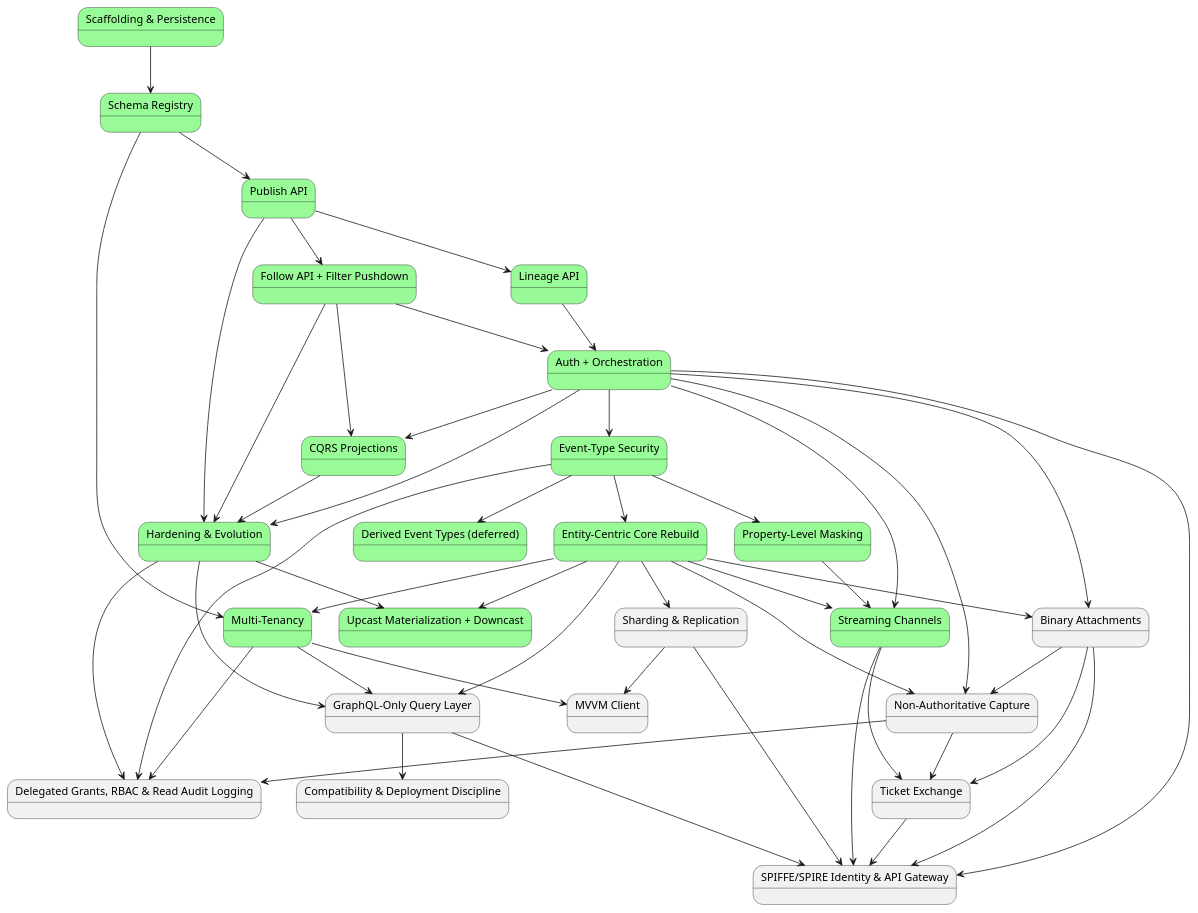
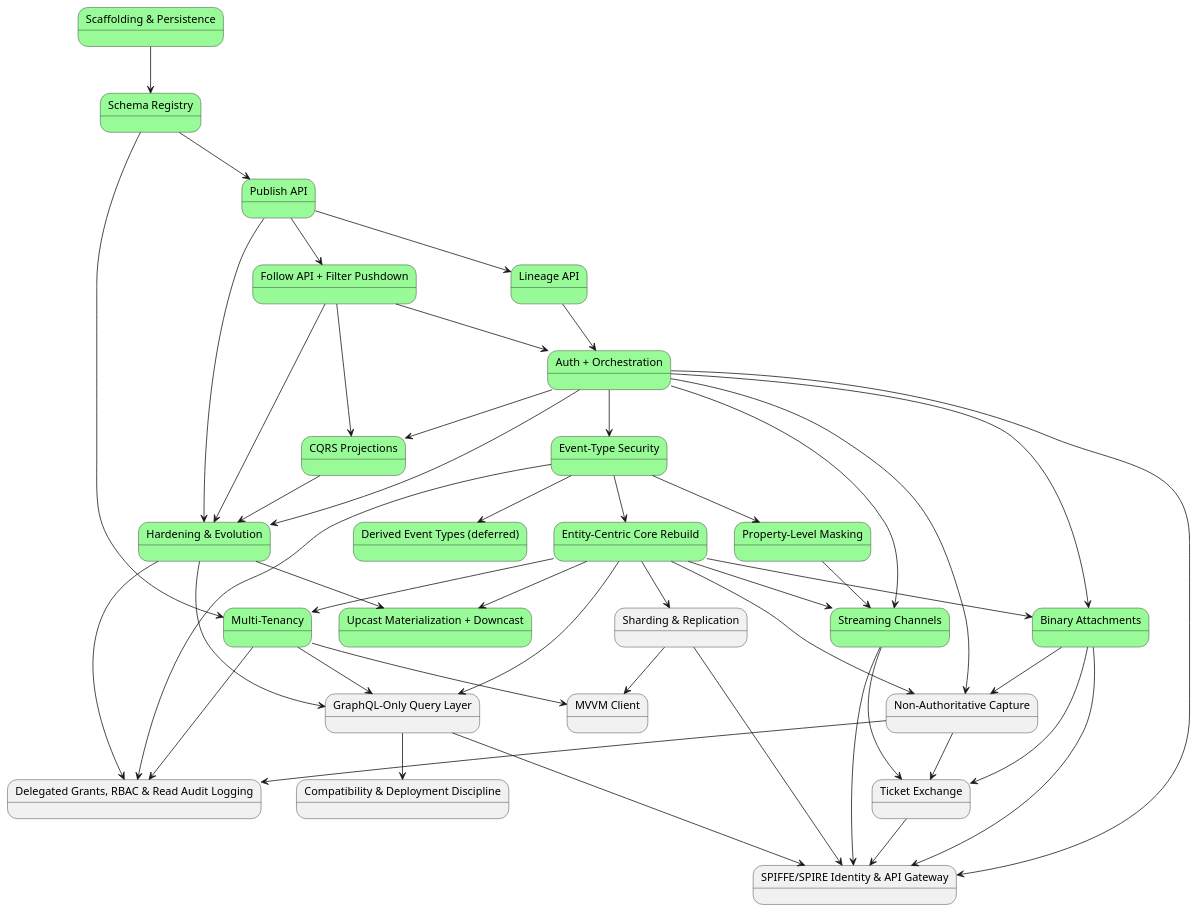
Before and after one commit to Mwwhited-BookLearning/EventSourcing: the first of 2 diagrams in docs/08-build-plan.md, drawn with PlantUML. The commit also changed other lines of this file and 35 other files, not shown here.

First line of the commit message:
Build Binary Attachments (build-plan item 16)

````diff
--- a/docs/08-build-plan.md
+++ b/docs/08-build-plan.md
@@ -156,77 +156,77 @@
 ```plantuml
 @startuml BuildPlan_CorePhases
 state "Scaffolding & Persistence" as p0 #palegreen
 state "Schema Registry" as p1 #palegreen
 state "Publish API" as p2 #palegreen
 state "Lineage API" as p3 #palegreen
 state "Follow API + Filter Pushdown" as p4 #palegreen
 state "Auth + Orchestration" as p5 #palegreen
 state "Event-Type Security" as p6 #palegreen
 state "Derived Event Types (deferred)" as p7 #palegreen
 state "Property-Level Masking" as p8 #palegreen
 state "CQRS Projections" as p9 #palegreen
 state "Hardening & Evolution" as p10 #palegreen
 state "Entity-Centric Core Rebuild" as p11 #palegreen
 state "Multi-Tenancy" as p12 #palegreen
 state "Upcast Materialization + Downcast" as p13 #palegreen
 state "Streaming Channels" as p14 #palegreen
-state "Binary Attachments" as p15
+state "Binary Attachments" as p15 #palegreen
 state "Sharding & Replication" as p16
 state "Non-Authoritative Capture" as p17
 state "GraphQL-Only Query Layer" as p18
 state "Compatibility & Deployment Discipline" as p19
 state "MVVM Client" as p20
 state "Ticket Exchange" as p21
 state "Delegated Grants, RBAC & Read Audit Logging" as p22
 state "SPIFFE/SPIRE Identity & API Gateway" as p23
 
 p0 --> p1
 p1 --> p2
 p2 --> p3
 p2 --> p4
 p3 --> p5
 p4 --> p5
 p5 --> p6
 p6 --> p7
 p6 --> p8
 p4 --> p9
 p5 --> p9
 p5 --> p10
 p2 --> p10
 p4 --> p10
 p9 --> p10
 p6 --> p11
 p1 --> p12
 p11 --> p12
 p10 --> p13
 p11 --> p13
 p5 --> p14
 p11 --> p14
 p8 --> p14
 p5 --> p15
 p11 --> p15
 p11 --> p16
 p11 --> p17
 p5 --> p17
 p15 --> p17
 p11 --> p18
 p12 --> p18
 p10 --> p18
 p18 --> p19
 p12 --> p20
 p16 --> p20
 p14 --> p21
 p15 --> p21
 p17 --> p21
 p17 --> p22
 p6 --> p22
 p12 --> p22
 p10 --> p22
 p5 --> p23
 p16 --> p23
 p14 --> p23
 p15 --> p23
 p18 --> p23
 p21 --> p23
 @enduml
 ```
````
